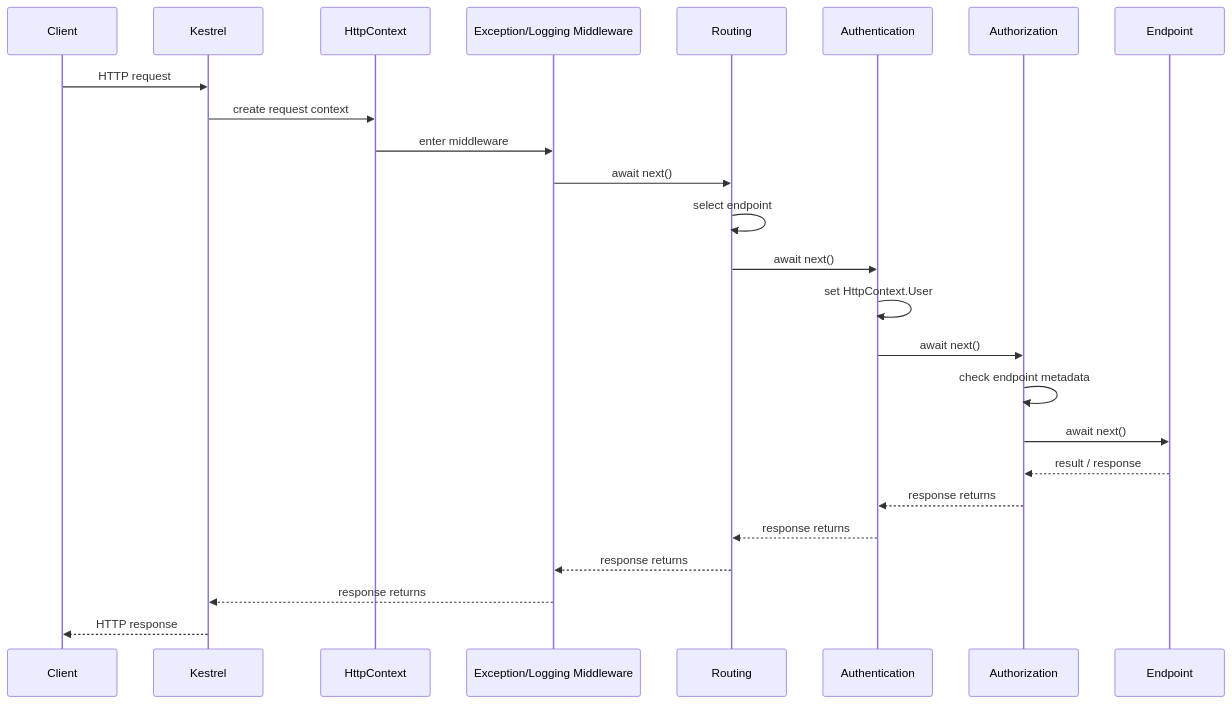
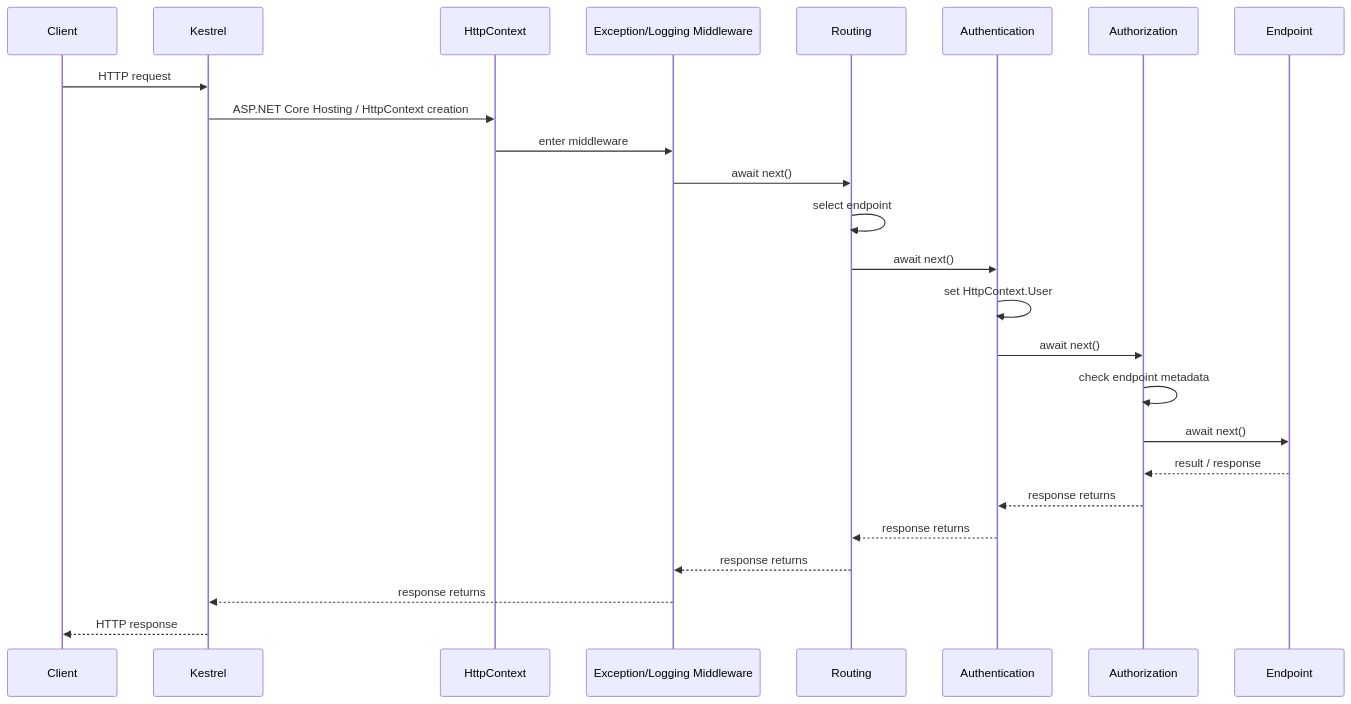
Before and after one commit to EugenTovarchi/Backend-Engineer-Handbook: the diagram in 02_ASPNET_Core_Request_Pipeline/08_Full_ASPNET_Core_Request_Pipeline.md, drawn with Mermaid. The commit also changed other lines of this file and 10 other files, not shown here.

Commit message:
docs: correct ASP.NET Core pipeline module

````diff
--- a/02_ASPNET_Core_Request_Pipeline/08_Full_ASPNET_Core_Request_Pipeline.md
+++ b/02_ASPNET_Core_Request_Pipeline/08_Full_ASPNET_Core_Request_Pipeline.md
@@ -51,28 +51,28 @@
 ```mermaid
 sequenceDiagram
     participant Client as Client
     participant Kestrel as Kestrel
     participant Context as HttpContext
     participant M1 as Exception/Logging Middleware
     participant Routing as Routing
     participant AuthN as Authentication
     participant AuthZ as Authorization
     participant Endpoint as Endpoint
 
     Client->>Kestrel: HTTP request
-    Kestrel->>Context: create request context
+    Kestrel->>Context: ASP.NET Core Hosting / HttpContext creation
     Context->>M1: enter middleware
     M1->>Routing: await next()
     Routing->>Routing: select endpoint
     Routing->>AuthN: await next()
     AuthN->>AuthN: set HttpContext.User
     AuthN->>AuthZ: await next()
     AuthZ->>AuthZ: check endpoint metadata
     AuthZ->>Endpoint: await next()
     Endpoint-->>AuthZ: result / response
     AuthZ-->>AuthN: response returns
     AuthN-->>Routing: response returns
     Routing-->>M1: response returns
     M1-->>Kestrel: response returns
     Kestrel-->>Client: HTTP response
 ```
````
